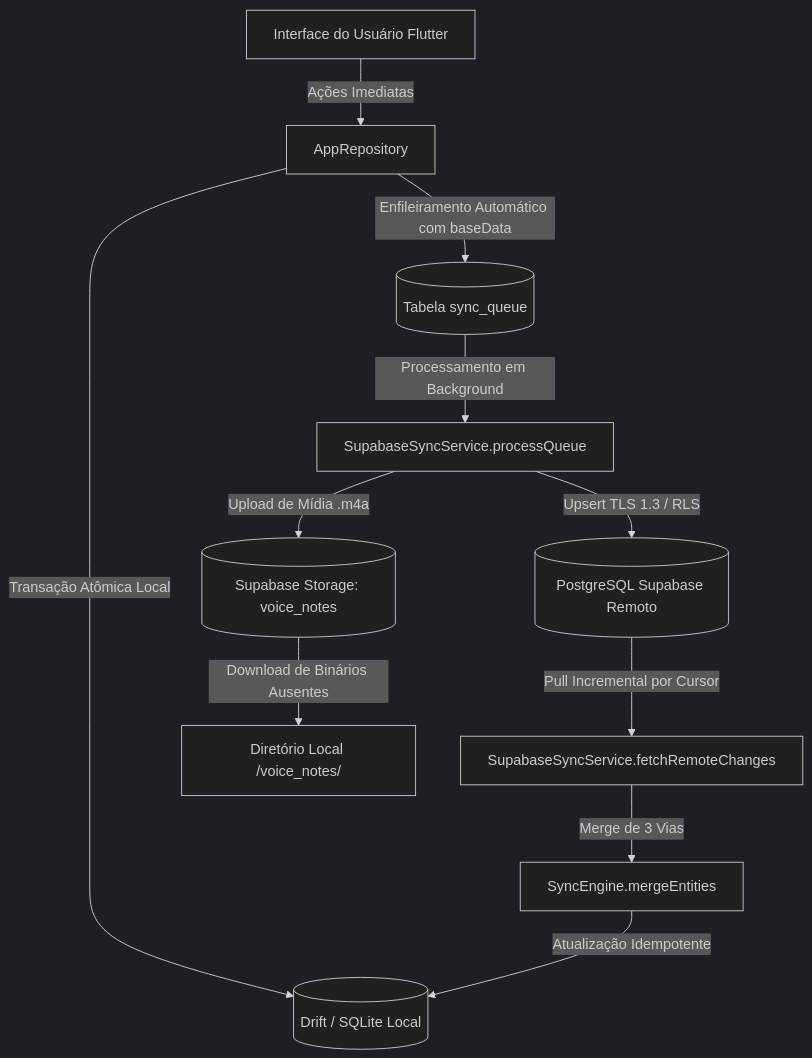
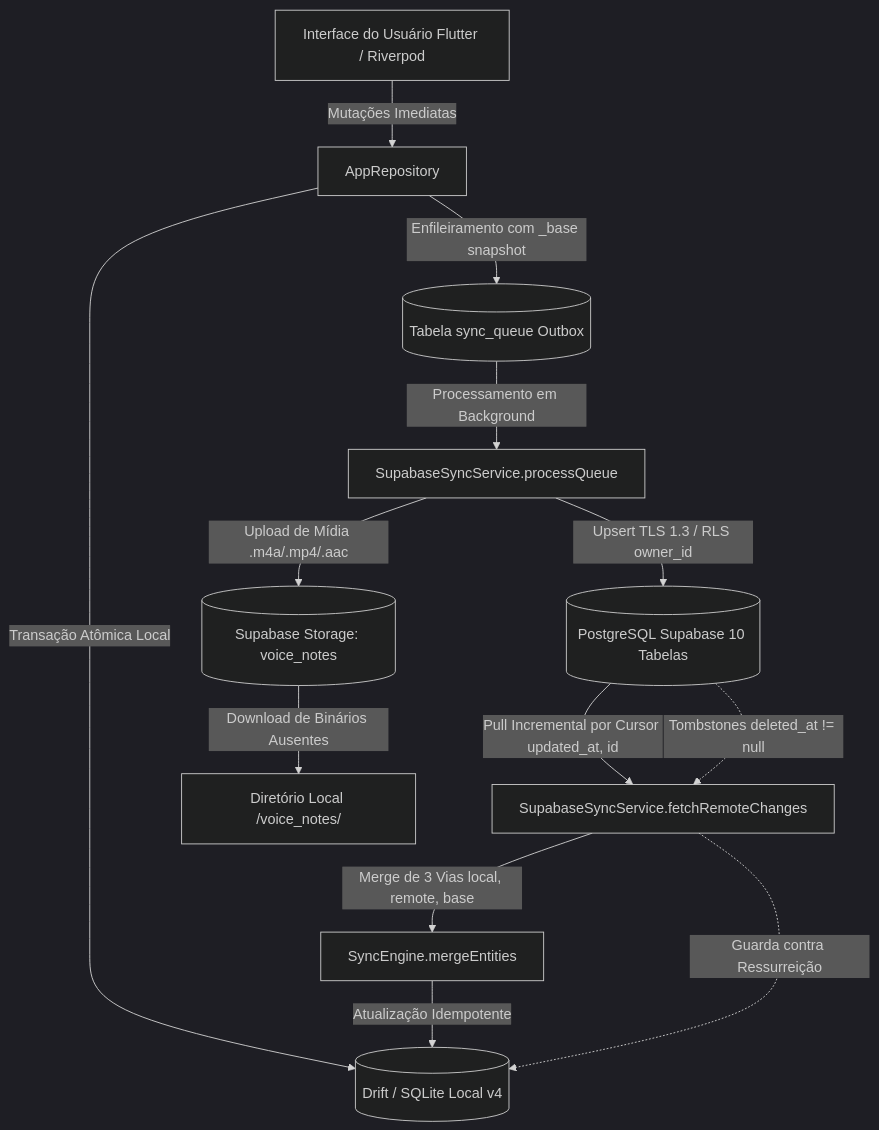
One commit to eduardoveiga-py/field-assistant changed the first of 2 diagrams in docs/engineering/ARCHITECTURE.md. Above: the diagram before and after it, drawn with Mermaid (dark theme). The commit also changed other lines of this file and 84 other files, not shown here.

````diff
--- a/docs/engineering/ARCHITECTURE.md
+++ b/docs/engineering/ARCHITECTURE.md
@@ -9,15 +13,18 @@
 ```mermaid
 flowchart TD
-    UI[Interface do Usuário Flutter] -->|Ações Imediatas| Repo[AppRepository]
-    Repo -->|Transação Atômica Local| DB[(Drift / SQLite Local)]
-    Repo -->|Enfileiramento Automático com baseData| SQ[(Tabela sync_queue)]
+    UI[Interface do Usuário Flutter / Riverpod] -->|Mutações Imediatas| Repo[AppRepository]
+    Repo -->|Transação Atômica Local| DB[(Drift / SQLite Local v4)]
+    Repo -->|Enfileiramento com _base snapshot| SQ[(Tabela sync_queue Outbox)]
     
     SQ -->|Processamento em Background| Push[SupabaseSyncService.processQueue]
-    Push -->|Upsert TLS 1.3 / RLS| RemoteDB[(PostgreSQL Supabase Remoto)]
-    Push -->|Upload de Mídia .m4a| Storage[(Supabase Storage: voice_notes)]
+    Push -->|Upsert TLS 1.3 / RLS owner_id| RemoteDB[(PostgreSQL Supabase 10 Tabelas)]
+    Push -->|Upload de Mídia .m4a/.mp4/.aac| Storage[(Supabase Storage: voice_notes)]
     
-    RemoteDB -->|Pull Incremental por Cursor| Pull[SupabaseSyncService.fetchRemoteChanges]
-    Pull -->|Merge de 3 Vias| SyncEng[SyncEngine.mergeEntities]
+    RemoteDB -->|Pull Incremental por Cursor updated_at, id| Pull[SupabaseSyncService.fetchRemoteChanges]
+    Pull -->|Merge de 3 Vias local, remote, base| SyncEng[SyncEngine.mergeEntities]
     SyncEng -->|Atualização Idempotente| DB
     Storage -->|Download de Binários Ausentes| Audio[Diretório Local /voice_notes/]
+    
+    RemoteDB -.->|Tombstones deleted_at != null| Pull
+    Pull -.->|Guarda contra Ressurreição| DB
 ```
````
